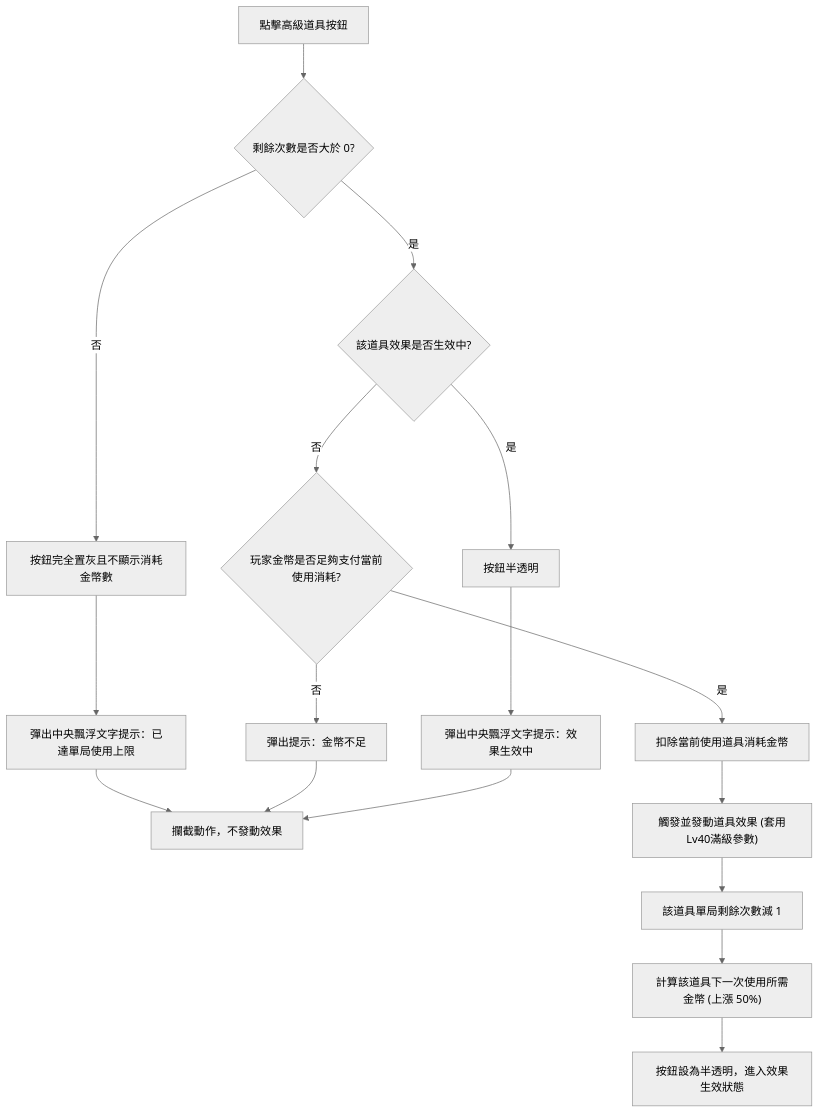
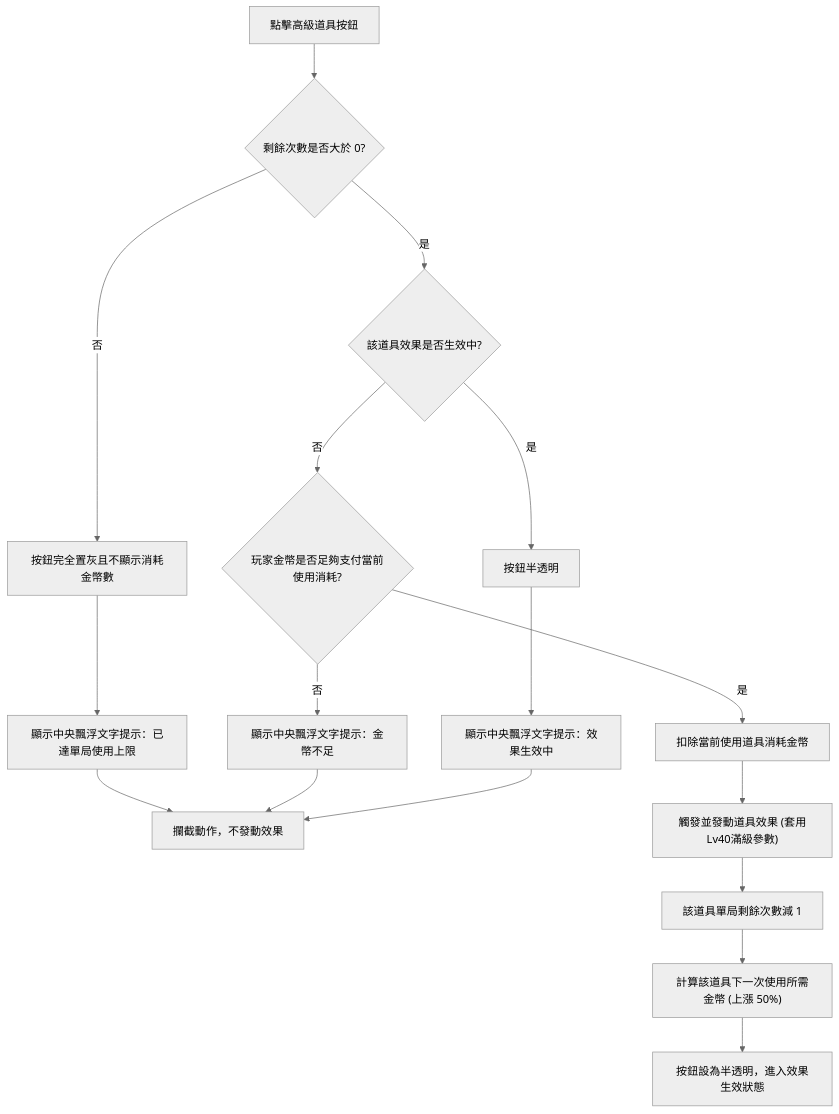
One commit to jerryfcai794238-bit/snake.io changed the third of 4 diagrams in GDD/貪食蛇GDD.md. Above: the diagram before and after it, drawn with Mermaid (neutral theme). The commit also changed other lines of this file, not shown here.

````diff
--- a/GDD/貪食蛇GDD.md
+++ b/GDD/貪食蛇GDD.md
@@ -933,19 +937,19 @@
 ```mermaid
 graph TD
     A["點擊高級道具按鈕"] --> B{"剩餘次數是否大於 0?"}
     B -->|否| C["按鈕完全置灰且不顯示消耗金幣數"]
-    C --> D["彈出中央飄浮文字提示：已達單局使用上限"]
+    C --> D["顯示中央飄浮文字提示：已達單局使用上限"]
     D --> E["攔截動作，不發動效果"]
     B -->|是| F{"該道具效果是否生效中?"}
     F -->|否| I{"玩家金幣是否足夠支付當前使用消耗?"}
-    I -->|否| J["彈出提示：金幣不足"]
+    I -->|否| J["顯示中央飄浮文字提示：金幣不足"]
     J --> E
     I -->|是| K["扣除當前使用道具消耗金幣"]
     K --> L["觸發並發動道具效果 (套用Lv40滿級參數)"]
     L --> M["該道具單局剩餘次數減 1"]
     M --> N["計算該道具下一次使用所需金幣 (上漲 50%)"]
     N --> O["按鈕設為半透明，進入效果生效狀態"]
     F -->|是| G["按鈕半透明"]
-    G --> H["彈出中央飄浮文字提示：效果生效中"]
+    G --> H["顯示中央飄浮文字提示：效果生效中"]
     H --> E
 ```
````
